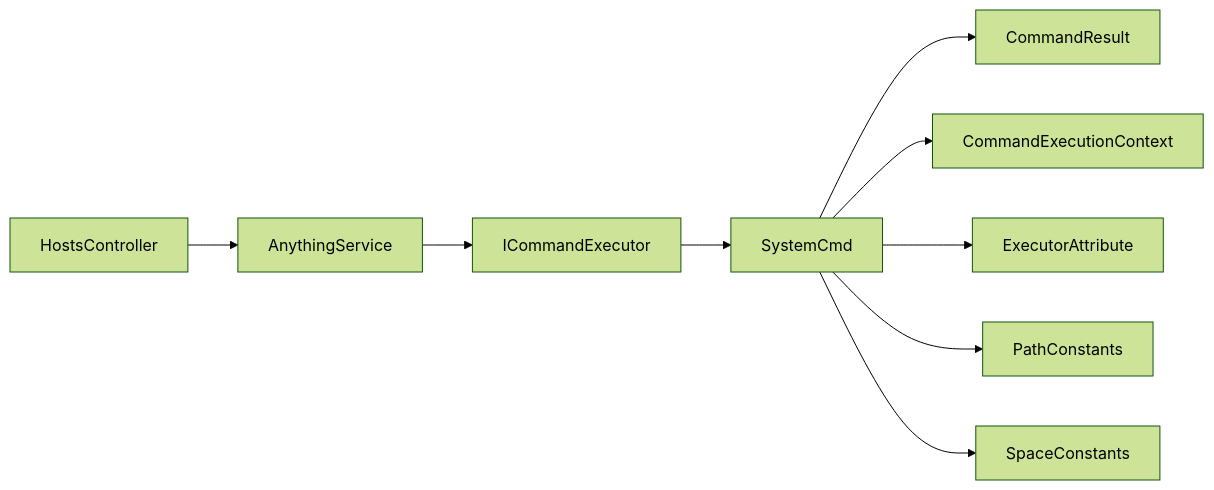
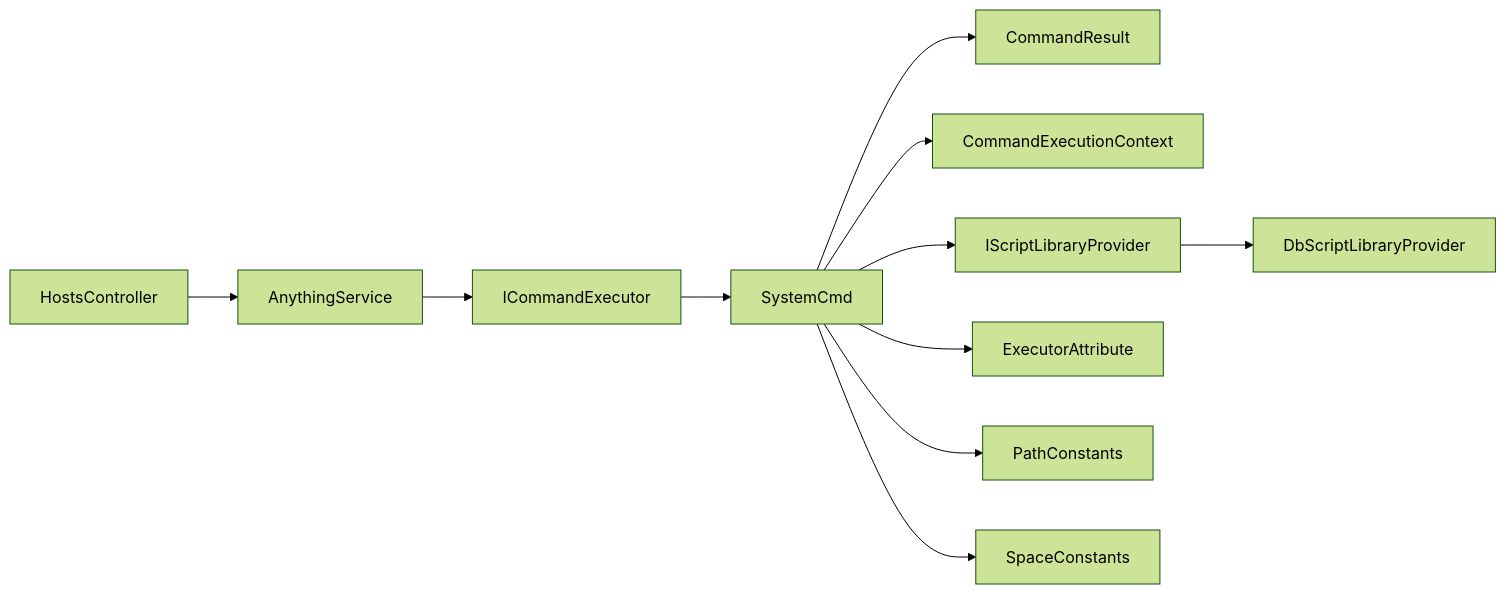
The seventh of 7 diagrams in .qoder/repowiki/zh/content/项目概述/核心特性/工具库系统/系统命令执行器.md (Sosososolong/AirGo), drawn with Mermaid (forest theme) before and after one commit. The commit also changed other lines of this file and 15 other files, not shown here.

````diff
--- a/.qoder/repowiki/zh/content/项目概述/核心特性/工具库系统/系统命令执行器.md
+++ b/.qoder/repowiki/zh/content/项目概述/核心特性/工具库系统/系统命令执行器.md
@@ -335,11 +448,13 @@
 ```mermaid
 graph LR
 HC["HostsController"] --> AS["AnythingService"]
 AS --> IC["ICommandExecutor"]
 IC --> SC["SystemCmd"]
 SC --> CR["CommandResult"]
 SC --> CEC["CommandExecutionContext"]
+SC --> ISLP["IScriptLibraryProvider"]
+ISLP --> DSLP["DbScriptLibraryProvider"]
 SC --> EA["ExecutorAttribute"]
 SC --> PC["PathConstants"]
 SC --> SP["SpaceConstants"]
 ```
````
